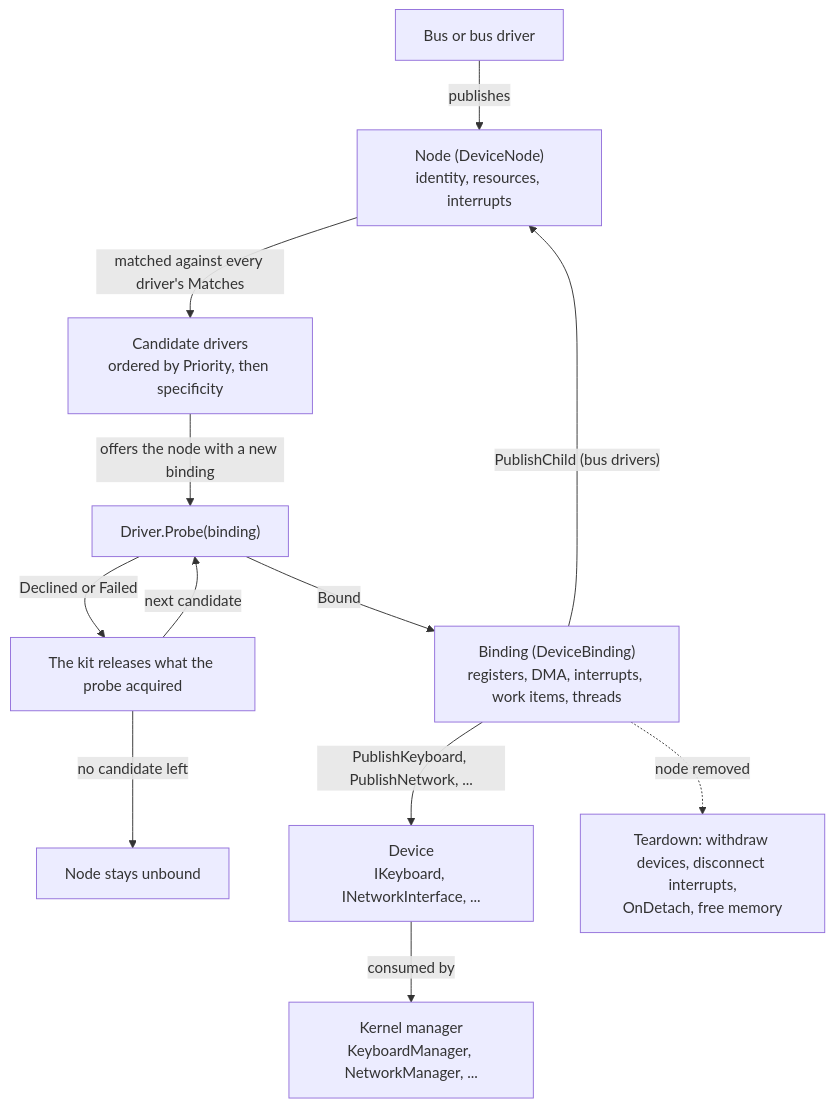
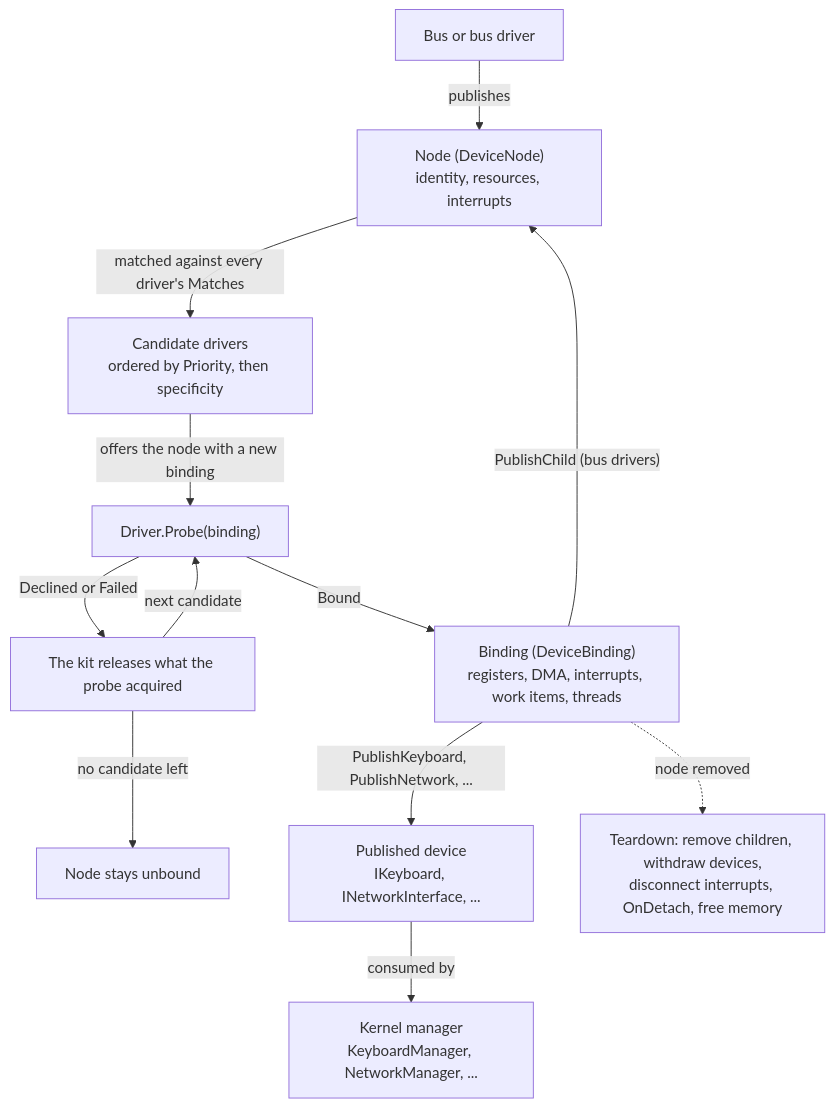
One commit to CosmosOS/Cosmos changed the diagram in docs/articles/user/drivers.md. Above: the diagram before and after it, drawn with Mermaid. The commit also changed other lines of this file and 16 other files, not shown here.

````diff
--- a/docs/articles/user/drivers.md
+++ b/docs/articles/user/drivers.md
@@ -49,14 +55,14 @@
 ```mermaid
 flowchart TD
     Bus["Bus or bus driver"] -->|"publishes"| Node["Node (DeviceNode)<br/>identity, resources, interrupts"]
     Node -->|"matched against every driver's Matches"| Candidates["Candidate drivers<br/>ordered by Priority, then specificity"]
     Candidates -->|"offers the node with a new binding"| Probe["Driver.Probe(binding)"]
     Probe -->|"Declined or Failed"| Release["The kit releases what the probe acquired"]
     Release -->|"next candidate"| Probe
     Release -->|"no candidate left"| Unbound["Node stays unbound"]
     Probe -->|"Bound"| Binding["Binding (DeviceBinding)<br/>registers, DMA, interrupts, work items, threads"]
-    Binding -->|"PublishKeyboard, PublishNetwork, ..."| Device["Device<br/>IKeyboard, INetworkInterface, ..."]
+    Binding -->|"PublishKeyboard, PublishNetwork, ..."| Device["Published device<br/>IKeyboard, INetworkInterface, ..."]
     Device -->|"consumed by"| Manager["Kernel manager<br/>KeyboardManager, NetworkManager, ..."]
     Binding -->|"PublishChild (bus drivers)"| Node
-    Binding -.->|"node removed"| Teardown["Teardown: withdraw devices, disconnect interrupts,<br/>OnDetach, free memory"]
+    Binding -.->|"node removed"| Teardown["Teardown: remove children, withdraw devices,<br/>disconnect interrupts, OnDetach, free memory"]
 ```
````
